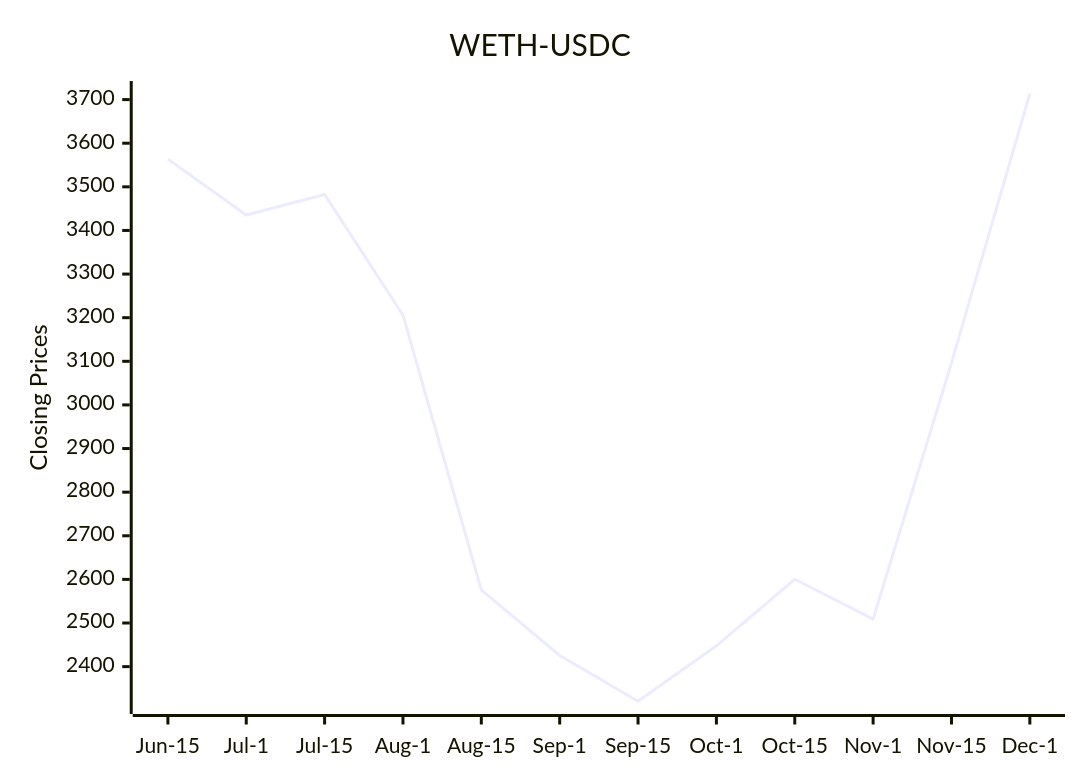
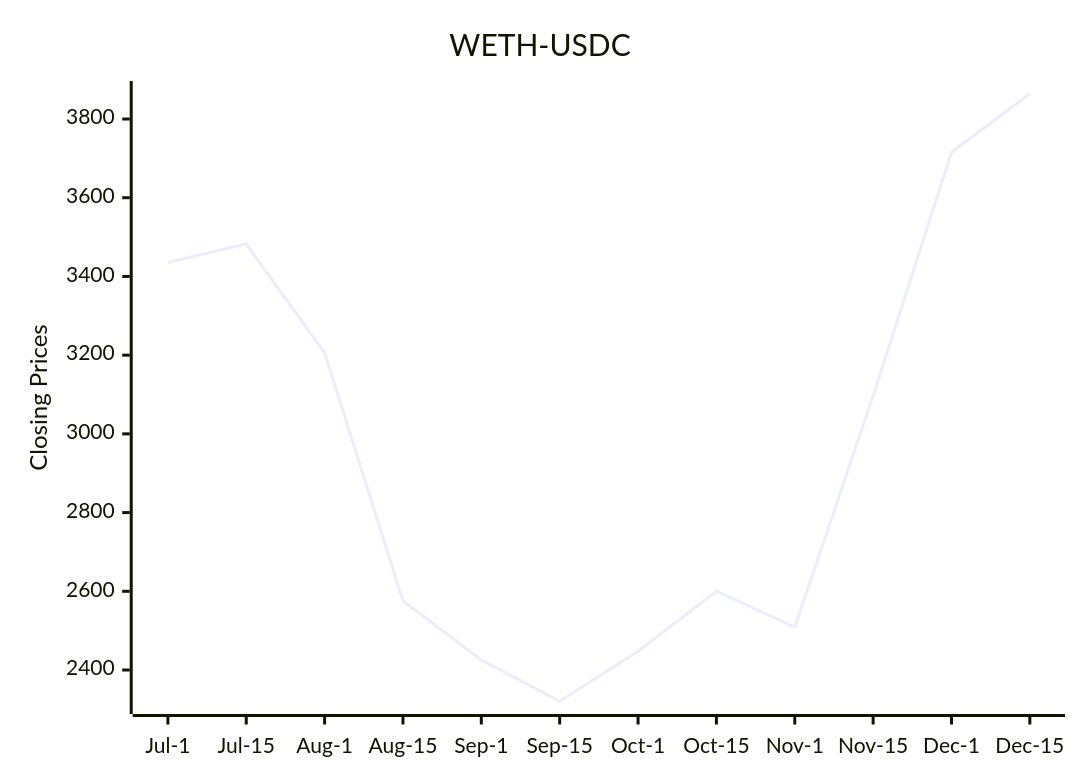
Before and after one commit to bicced/ReadmeCryptoPriceChart: the diagram in README.md, drawn with Mermaid.

Commit message:
Update README with latest DEX data

````diff
--- a/README.md
+++ b/README.md
@@ -6,7 +6,7 @@
 ```mermaid
 xychart-beta
   title "WETH-USDC"
-  x-axis [Jun-15,Jul-1,Jul-15,Aug-1,Aug-15,Sep-1,Sep-15,Oct-1,Oct-15,Nov-1,Nov-15,Dec-1]
-  y-axis "Closing Prices" 2320.61761915807 --> 3713.41198807666
-  line [3563.50423684803,3435.37304391752,3482.40990196361,3205.99009674922,2575.67729986359,2425.60361929393,2320.61761915807,2447.67403957906,2600.26757373328,2508.72962693621,3096.49585789669,3713.41198807666]
+  x-axis [Jul-1,Jul-15,Aug-1,Aug-15,Sep-1,Sep-15,Oct-1,Oct-15,Nov-1,Nov-15,Dec-1,Dec-15]
+  y-axis "Closing Prices" 2320.61761915807 --> 3864.16472765049
+  line [3435.37304391752,3482.40990196361,3205.99009674922,2575.67729986359,2425.60361929393,2320.61761915807,2447.67403957906,2600.26757373328,2508.72962693621,3096.49585789669,3715.59825684283,3864.16472765049]
 ```
````
